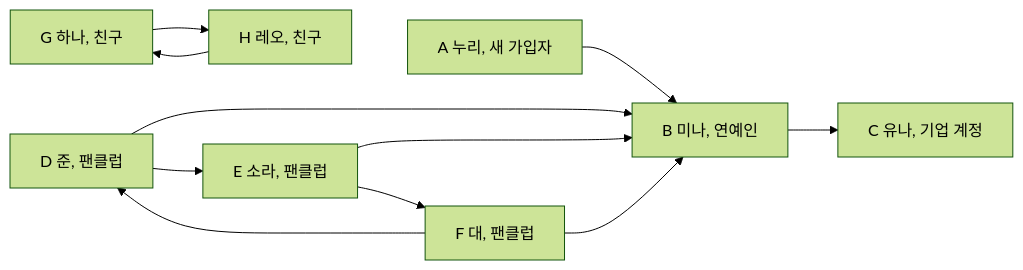
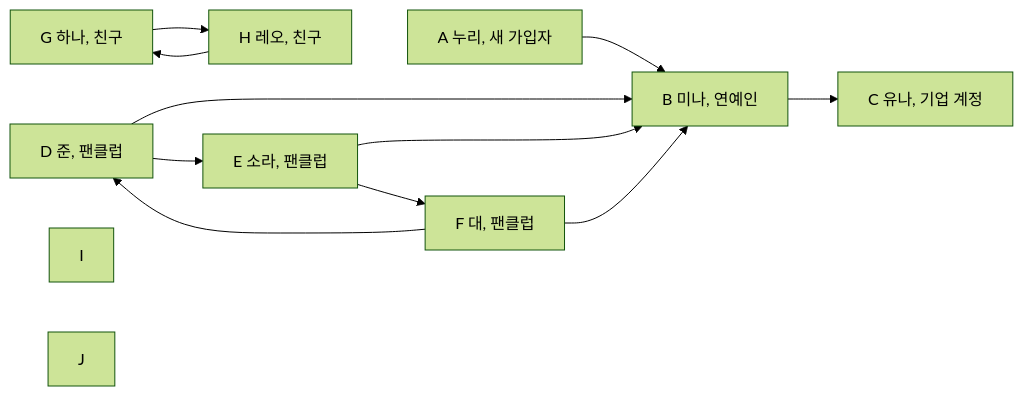
Before and after one commit to chaebkimm/data_structure_2026: the diagram in module_03_graph/student/textbook_korean.md, drawn with Mermaid (forest theme). The commit also changed other lines of this file and 3 other files, not shown here.

Commit message:
update graph

````diff
--- a/module_03_graph/student/textbook_korean.md
+++ b/module_03_graph/student/textbook_korean.md
@@ -11,13 +15,15 @@
 ```mermaid
 flowchart LR
     nuri["A 누리, 새 가입자"] --> mina["B 미나, 연예인"]
     mina --> yuna["C 유나, 기업 계정"]
     joon["D 준, 팬클럽"] --> mina
     joon --> sora["E 소라, 팬클럽"]
     sora --> mina
     sora --> dae["F 대, 팬클럽"]
     dae --> mina
     dae --> joon
     hana["G 하나, 친구"] --> leo["H 레오, 친구"]
     leo --> hana
+    i["I"]
+    j["J"]
 ```
````
